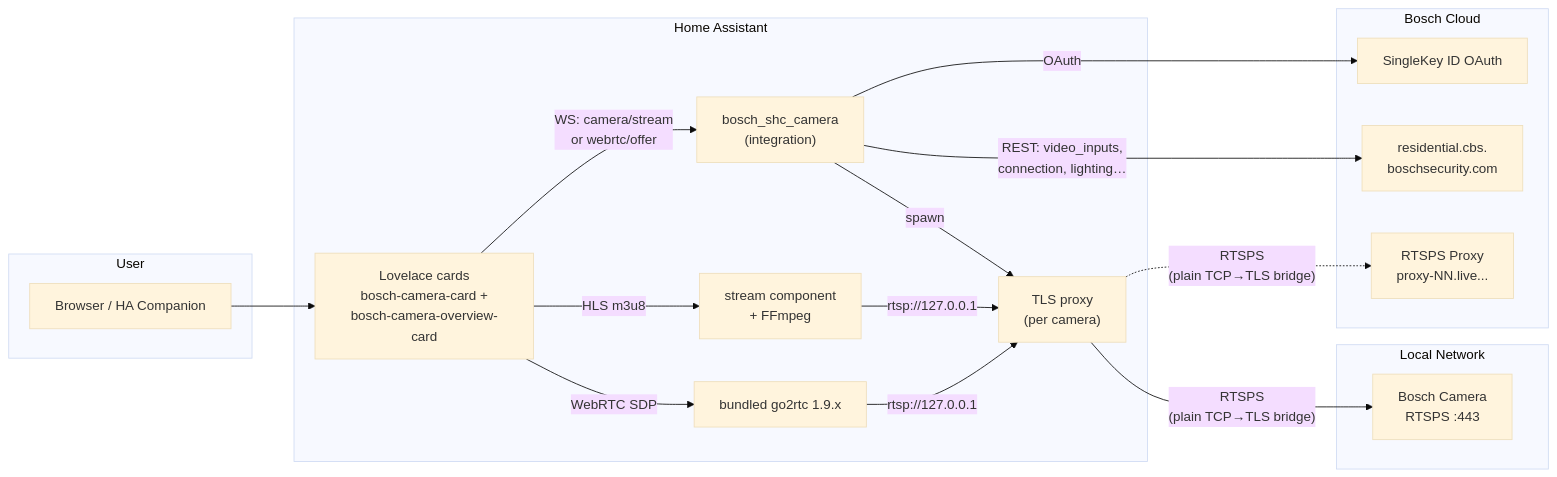
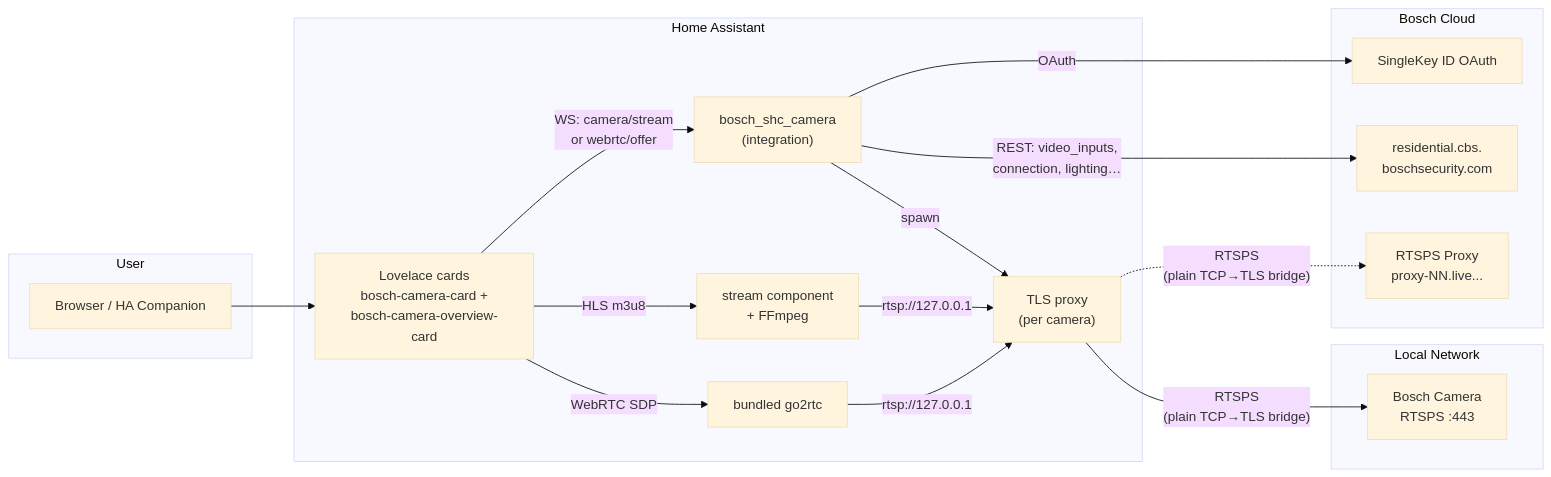
One commit to mosandlt/Bosch-Smart-Home-Camera-Tool-HomeAssistant changed the diagram in README.md. Above: the diagram before and after it, drawn with Mermaid (base theme). The commit also changed other lines of this file, not shown here.

````diff
--- a/README.md
+++ b/README.md
@@ -238,33 +238,33 @@
 ```mermaid
 graph LR
     subgraph User["User"]
         B["Browser / HA Companion"]
     end
     subgraph HA["Home Assistant"]
         Card["Lovelace cards<br/>bosch-camera-card +<br/>bosch-camera-overview-card"]
         Int["bosch_shc_camera<br/>(integration)"]
         Stream["stream component<br/>+ FFmpeg"]
-        G2["bundled go2rtc 1.9.x"]
+        G2["bundled go2rtc"]
         TLS["TLS proxy<br/>(per camera)"]
     end
     subgraph LAN["Local Network"]
         Cam["Bosch Camera<br/>RTSPS :443"]
     end
     subgraph Cloud["Bosch Cloud"]
         OAuth["SingleKey ID OAuth"]
         API["residential.cbs.<br/>boschsecurity.com"]
         CRP["RTSPS Proxy<br/>proxy-NN.live..."]
     end
 
     B --> Card
     Card -->|"WS: camera/stream<br/>or webrtc/offer"| Int
     Card -->|"HLS m3u8"| Stream
     Card -->|"WebRTC SDP"| G2
     Int -->|"OAuth"| OAuth
     Int -->|"REST: video_inputs,<br/>connection, lighting…"| API
     Int -->|"spawn"| TLS
     TLS -->|"RTSPS<br/>(plain TCP→TLS bridge)"| Cam
     TLS -.->|"RTSPS<br/>(plain TCP→TLS bridge)"| CRP
     Stream -->|"rtsp://127.0.0.1"| TLS
     G2 -->|"rtsp://127.0.0.1"| TLS
 ```
````
